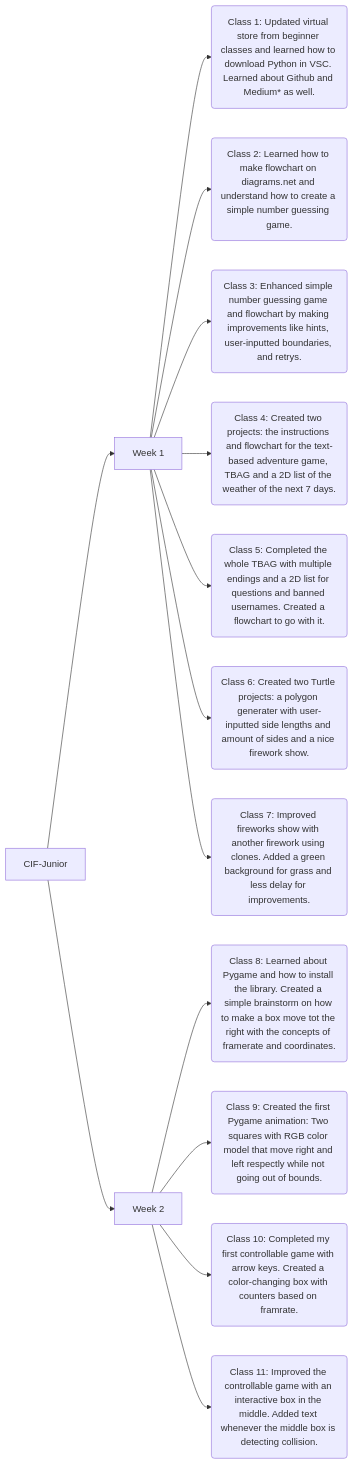
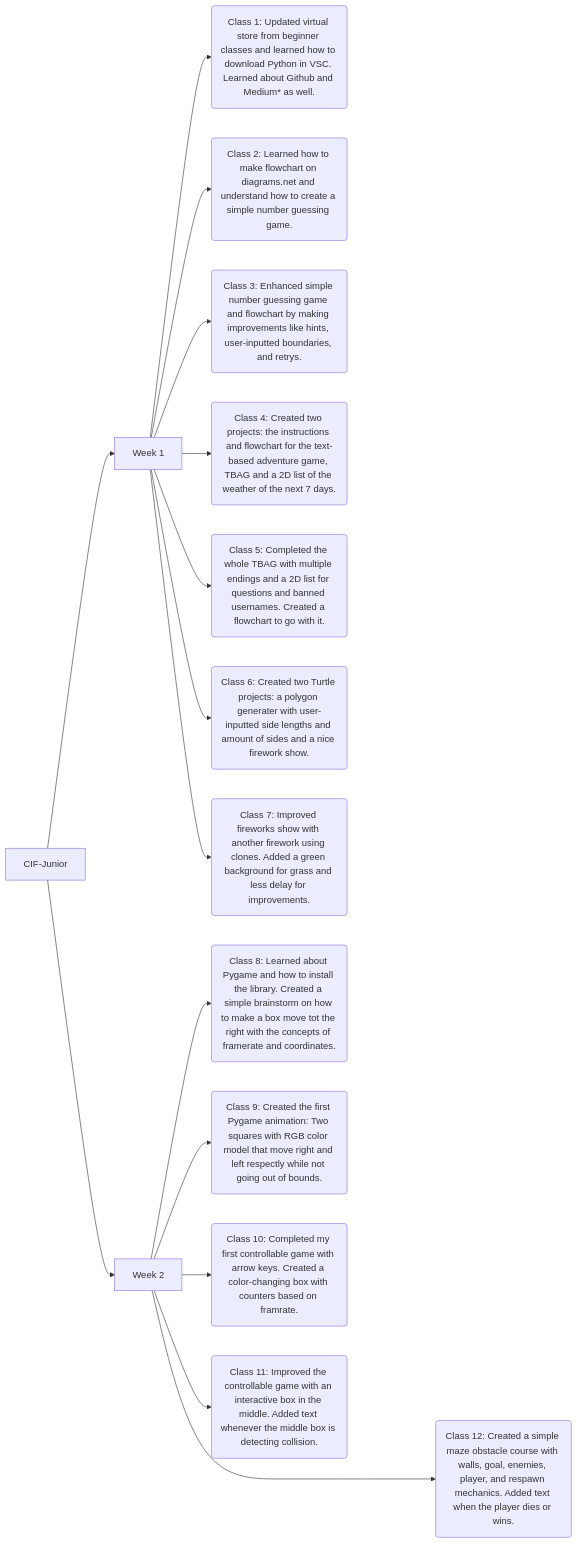
Before and after one commit to deoclabber/CIF-Junior: the diagram in README.md, drawn with Mermaid. The commit also changed other lines of this file, not shown here.

````diff
--- a/README.md
+++ b/README.md
@@ -10,17 +10,18 @@
 ```mermaid
 graph LR;
   A[CIF-Junior] --> B[Week 1];
   A --> C[Week 2];
   B --> F(Class 1: Updated virtual store from beginner classes and learned how to download Python in VSC. Learned about Github and Medium* as well.);
   B --> G(Class 2: Learned how to make flowchart on diagrams.net and understand how to create a simple number guessing game.);
   B --> H(Class 3: Enhanced simple number guessing game and flowchart by making improvements like hints, user-inputted boundaries, and retrys.);
   B --> I(Class 4: Created two projects: the instructions and flowchart for the text-based adventure game, TBAG and a 2D list of the weather of the next 7 days.);
   B --> J(Class 5: Completed the whole TBAG with multiple endings and a 2D list for questions and banned usernames. Created a flowchart to go with it.);
   B --> K(Class 6: Created two Turtle projects: a polygon generater with user-inputted side lengths and amount of sides and a nice firework show.);
   B --> L(Class 7: Improved fireworks show with another firework using clones. Added a green background for grass and less delay for improvements.);
 
   C --> M(Class 8: Learned about Pygame and how to install the library. Created a simple brainstorm on how to make a box move tot the right with the concepts of framerate and coordinates.);
   C --> N(Class 9: Created the first Pygame animation: Two squares with RGB color model that move right and left respectly while not going out of bounds.);
   C --> O(Class 10: Completed my first controllable game with arrow keys. Created a color-changing box with counters based on framrate.);
   C --> Q(Class 11: Improved the controllable game with an interactive box in the middle. Added text whenever the middle box is detecting collision.);
+  C ----->R(Class 12: Created a simple maze obstacle course with walls, goal, enemies, player, and respawn mechanics. Added text when the player dies or wins.);
 ```
````
